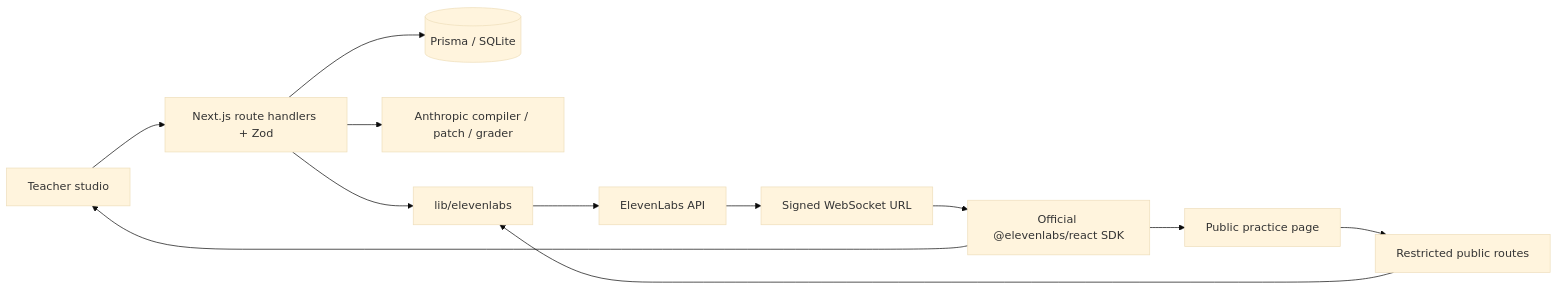
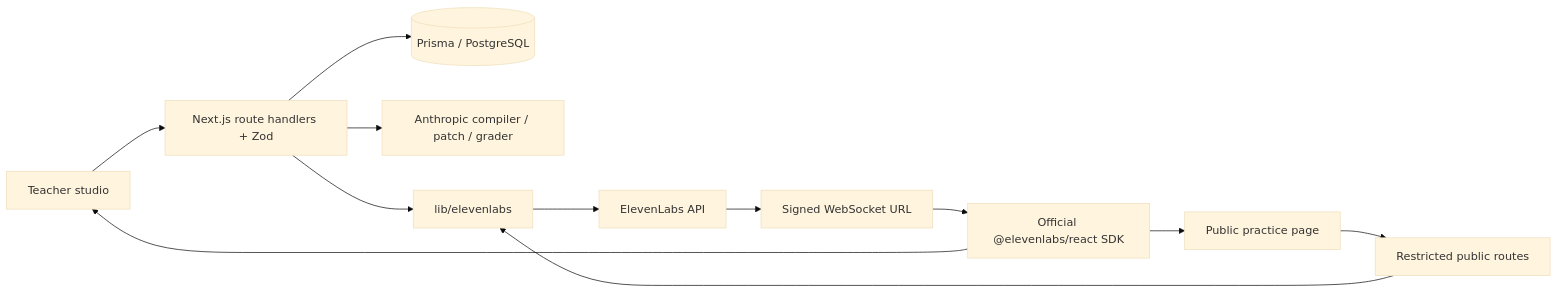
Before and after one commit to anshiiii-hub/Rehersal: the diagram in README.md, drawn with Mermaid (base theme). The commit also changed other lines of this file and 3 other files, not shown here.

Commit message:
Add prisma generate to build and postinstall, simplify db client, update README for PostgreSQL

````diff
--- a/README.md
+++ b/README.md
@@ -39,14 +41,14 @@
 ```mermaid
 flowchart LR
   Teacher[Teacher studio] --> API[Next.js route handlers + Zod]
   Student[Public practice page] --> Public[Restricted public routes]
-  API --> DB[(Prisma / SQLite)]
+  API --> DB[(Prisma / PostgreSQL)]
   API --> Claude[Anthropic compiler / patch / grader]
   API --> EL[lib/elevenlabs]
   Public --> EL
   EL --> Eleven[ElevenLabs API]
   Eleven --> Signed[Signed WebSocket URL]
   Signed --> SDK[Official @elevenlabs/react SDK]
   SDK --> Student
   SDK --> Teacher
 ```
````
